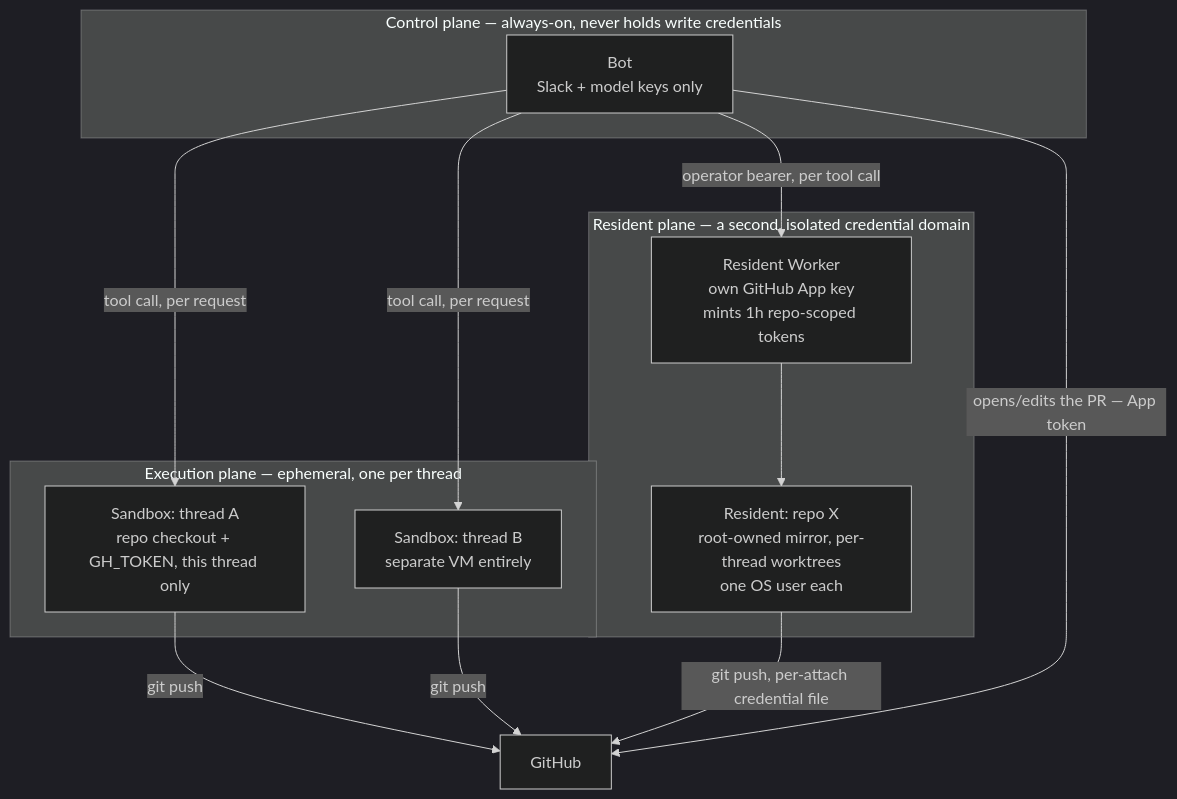
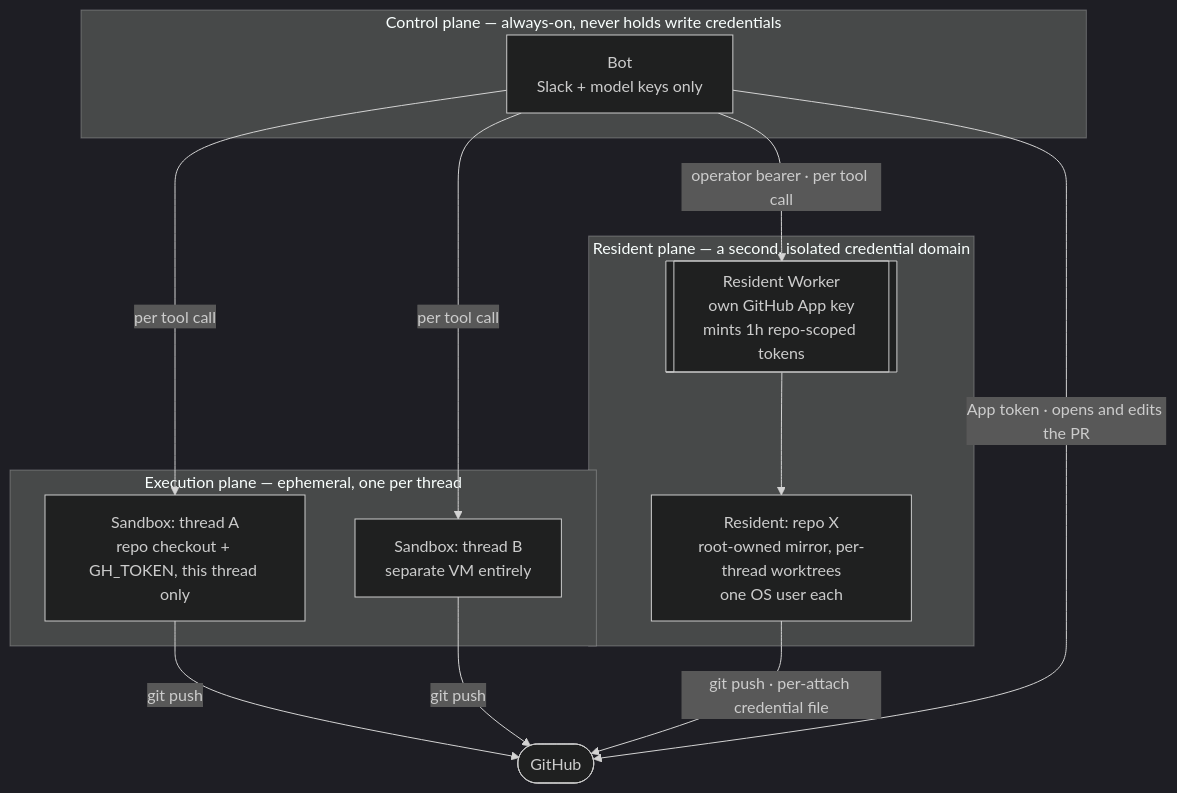
One commit to coreplanelabs/switchboard changed the diagram in docs/explanation/execution-and-trust.md. Above: the diagram before and after it, drawn with Mermaid (dark theme). The commit also changed 22 other files, not shown here.

First line of the commit message:
docs(docs): every diagram shares one visual system, and the four seams and the deploy order are drawn from one source each

````diff
--- a/docs/explanation/execution-and-trust.md
+++ b/docs/explanation/execution-and-trust.md
@@ -7,22 +7,23 @@
 ```mermaid
 flowchart TB
     subgraph cp ["Control plane — always-on, never holds write credentials"]
         BOT["Bot<br/>Slack + model keys only"]
     end
 
     subgraph ep ["Execution plane — ephemeral, one per thread"]
         S1["Sandbox: thread A<br/>repo checkout + GH_TOKEN, this thread only"]
         S2["Sandbox: thread B<br/>separate VM entirely"]
     end
 
     subgraph rp ["Resident plane — a second, isolated credential domain"]
-        RW["Resident Worker<br/>own GitHub App key<br/>mints 1h repo-scoped tokens"]
+        RW[["Resident Worker<br/>own GitHub App key<br/>mints 1h repo-scoped tokens"]]
         RD["Resident: repo X<br/>root-owned mirror, per-thread worktrees<br/>one OS user each"]
     end
 
-    BOT -->|"tool call, per request"| S1 & S2
-    BOT -->|"operator bearer, per tool call"| RW --> RD
-    S1 & S2 -->|"git push"| GH["GitHub"]
-    RD -->|"git push, per-attach credential file"| GH
-    BOT -->|"opens/edits the PR — App token"| GH
+    GH(["GitHub"])
+    BOT -->|"per tool call"| S1 & S2
+    BOT -->|"operator bearer · per tool call"| RW --> RD
+    S1 & S2 -->|"git push"| GH
+    RD -->|"git push · per-attach credential file"| GH
+    BOT -->|"App token · opens and edits the PR"| GH
 ```
````
